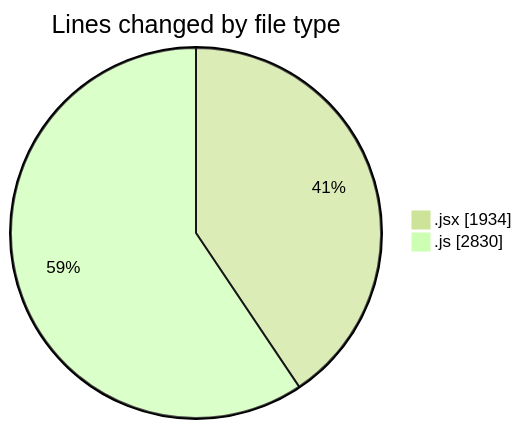
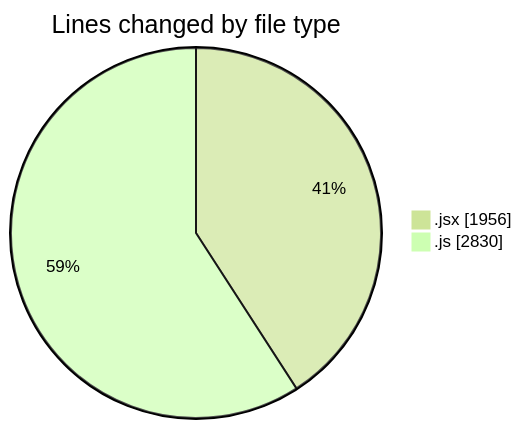
The first of 2 diagrams in 2025-11-07/nxtqube_webapp/README.md (nxtqubesakshisongat/code-tracking), drawn with Mermaid (forest theme) before and after one commit. The commit also changed other lines of this file and 1 other file, not shown here.

````diff
--- a/2025-11-07/nxtqube_webapp/README.md
+++ b/2025-11-07/nxtqube_webapp/README.md
@@ -27,6 +27,6 @@
 ```mermaid
 pie showData
 title Lines changed by file type
-".jsx" : 1934
+".jsx" : 1956
 ".js" : 2830
 ```
````
